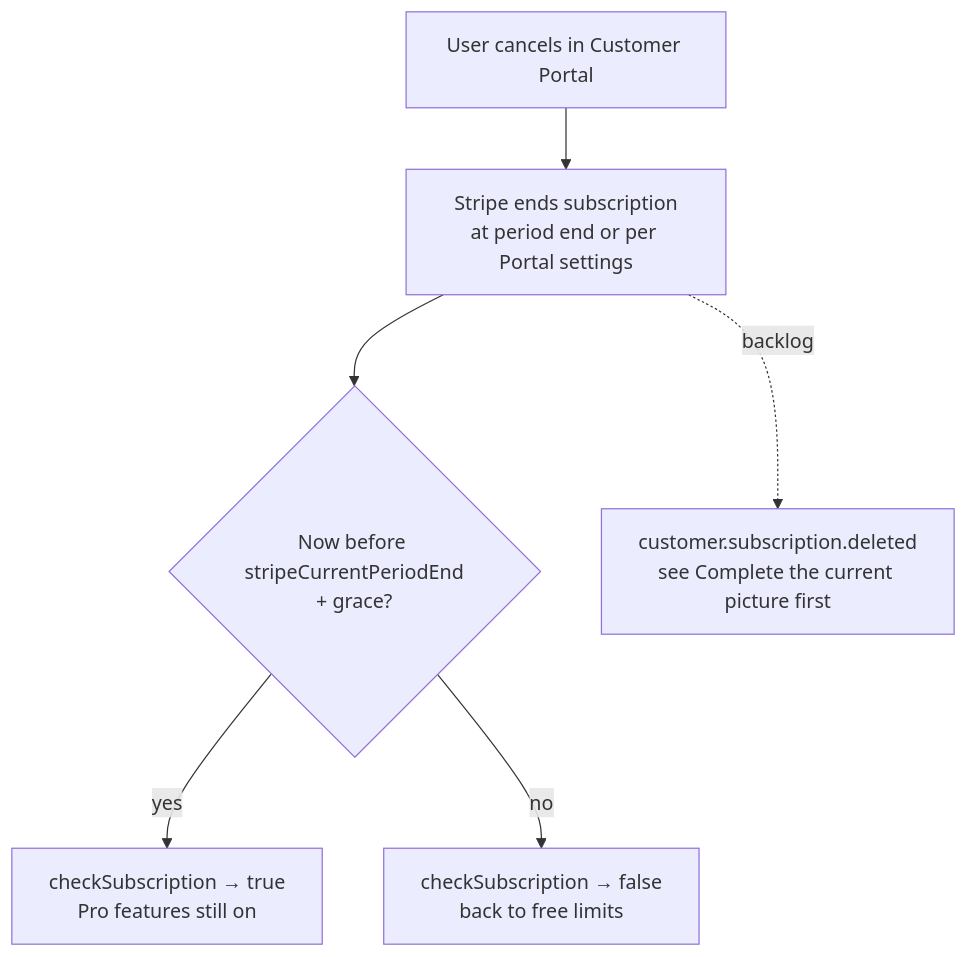
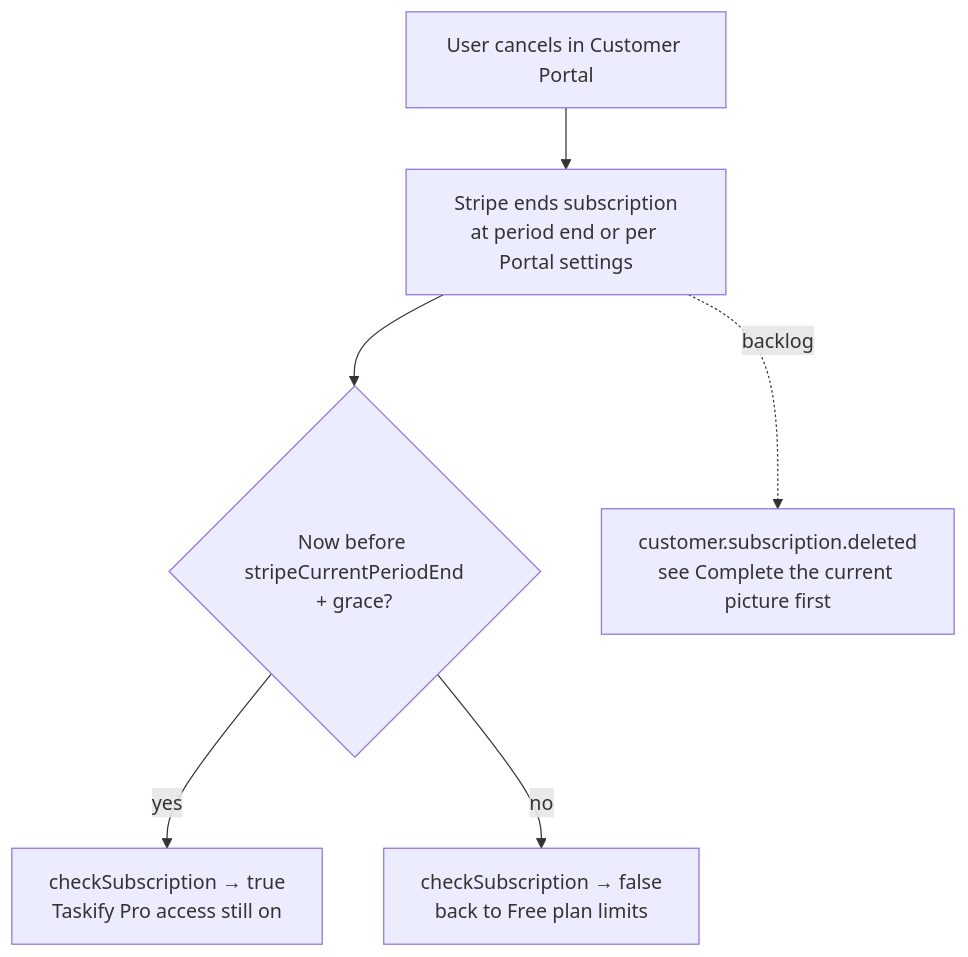
Before and after one commit to manhcuongdtbk/taskify: the seventh of 7 diagrams in docs/stripe.md, drawn with Mermaid. The commit also changed other lines of this file and 8 other files, not shown here.

````diff
--- a/docs/stripe.md
+++ b/docs/stripe.md
@@ -346,8 +357,8 @@
 ```mermaid
 flowchart TD
   User["User cancels in Customer Portal"] --> Stripe["Stripe ends subscription<br/>at period end or per Portal settings"]
   Stripe --> Period{"Now before stripeCurrentPeriodEnd<br/>+ grace?"}
-  Period -->|yes| Pro["checkSubscription → true<br/>Pro features still on"]
-  Period -->|no| Free["checkSubscription → false<br/>back to free limits"]
+  Period -->|yes| Pro["checkSubscription → true<br/>Taskify Pro access still on"]
+  Period -->|no| Free["checkSubscription → false<br/>back to Free plan limits"]
   Stripe -.->|backlog| Del["customer.subscription.deleted<br/>see Complete the current picture first"]
 ```
````
